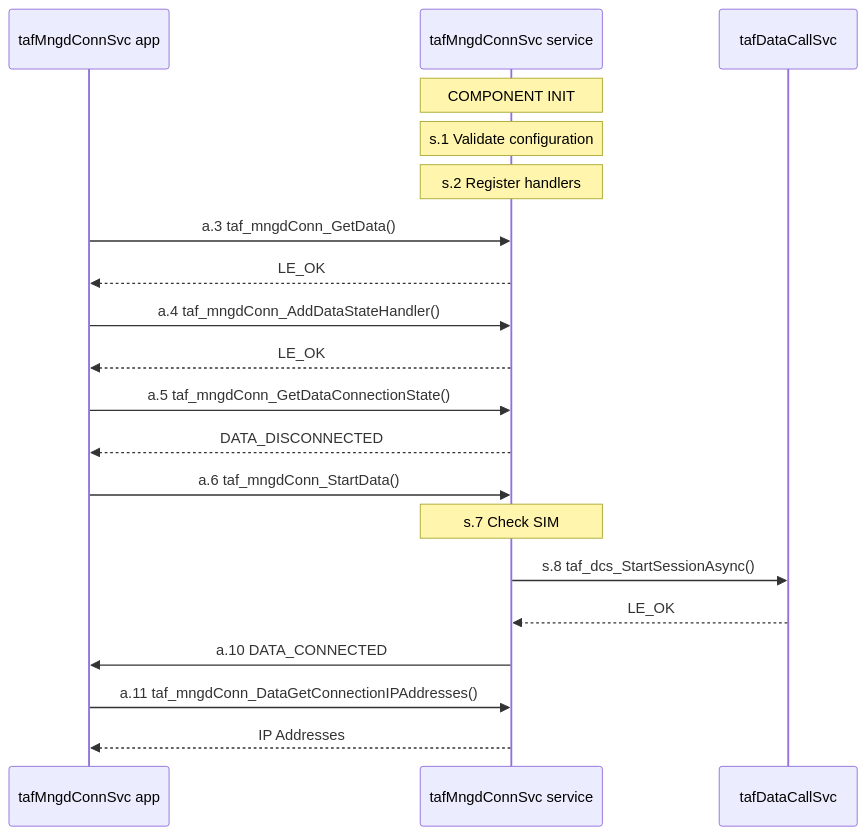
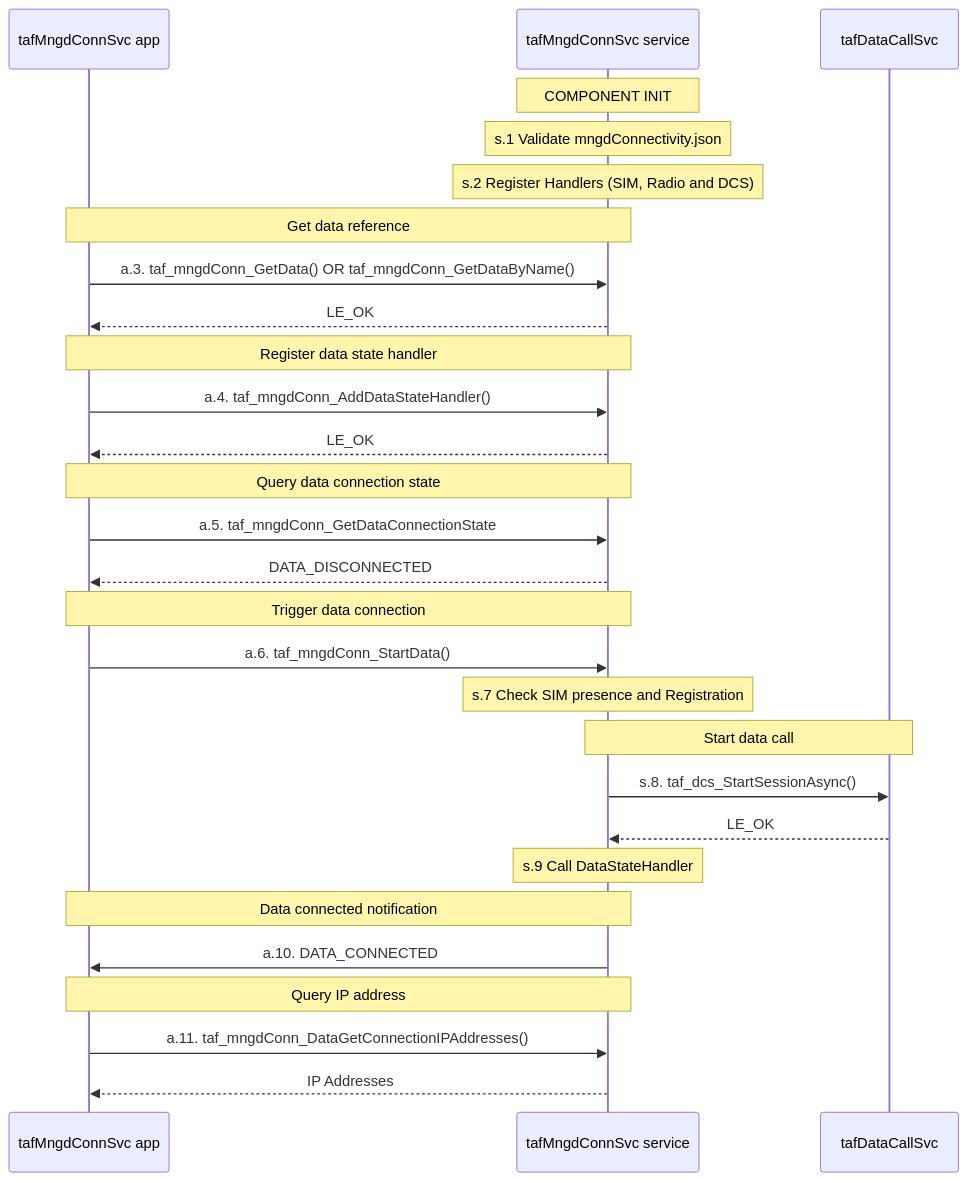
Before and after one commit to CodeLinaro-mirror/le_platform_TelAF: the second of 2 diagrams in doc/rst/mngdConn.rst, drawn with Mermaid. The commit also changed other lines of this file and 6 other files, not shown here.

Commit message:
doc: Add Mermaid call flow diagrams for managed services

```diff
--- a/doc/rst/mngdConn.rst
+++ b/doc/rst/mngdConn.rst
@@ -82,32 +89,41 @@
 .. mermaid::
 
-   sequenceDiagram
-       participant App as tafMngdConnSvc app
-       participant Svc as tafMngdConnSvc service
-       participant DCS as tafDataCallSvc
+     sequenceDiagram
+         participant App as tafMngdConnSvc app
+         participant Svc as tafMngdConnSvc service
+         participant DCS as tafDataCallSvc
 
-       Note over Svc: COMPONENT INIT
+         Note over Svc: COMPONENT INIT
 
-       Note over Svc: s.1 Validate configuration
-       Note over Svc: s.2 Register handlers
+         Note over Svc: s.1 Validate mngdConnectivity.json
+         Note over Svc: s.2 Register Handlers (SIM, Radio and DCS)
 
-       App->>Svc: a.3 taf_mngdConn_GetData()
-       Svc-->>App: LE_OK
+         Note over App,Svc: Get data reference
+         App->>Svc: a.3. taf_mngdConn_GetData() OR taf_mngdConn_GetDataByName()
+         Svc-->>App: LE_OK
 
-       App->>Svc: a.4 taf_mngdConn_AddDataStateHandler()
-       Svc-->>App: LE_OK
+         Note over App,Svc: Register data state handler
+         App->>Svc: a.4. taf_mngdConn_AddDataStateHandler()
+         Svc-->>App: LE_OK
 
-       App->>Svc: a.5 taf_mngdConn_GetDataConnectionState()
-       Svc-->>App: DATA_DISCONNECTED
+         Note over App,Svc: Query data connection state
+         App->>Svc: a.5. taf_mngdConn_GetDataConnectionState
+         Svc-->>App: DATA_DISCONNECTED
 
-       App->>Svc: a.6 taf_mngdConn_StartData()
+         Note over App,Svc: Trigger data connection
+         App->>Svc: a.6. taf_mngdConn_StartData()
 
-       Note over Svc: s.7 Check SIM
+         Note over Svc: s.7 Check SIM presence and Registration
 
-       Svc->>DCS: s.8 taf_dcs_StartSessionAsync()
-       DCS-->>Svc: LE_OK
+         Note over Svc,DCS: Start data call
+         Svc->>DCS: s.8. taf_dcs_StartSessionAsync()
+         DCS-->>Svc: LE_OK
 
-       Svc->>App: a.10 DATA_CONNECTED
+         Note over Svc: s.9 Call DataStateHandler
 
-       App->>Svc: a.11 taf_mngdConn_DataGetConnectionIPAddresses()
-       Svc-->>App: IP Addresses
+         Note over App,Svc: Data connected notification
+         Svc->>App: a.10. DATA_CONNECTED
+
+         Note over App,Svc: Query IP address
+         App->>Svc: a.11. taf_mngdConn_DataGetConnectionIPAddresses()
+         Svc-->>App: IP Addresses
```
